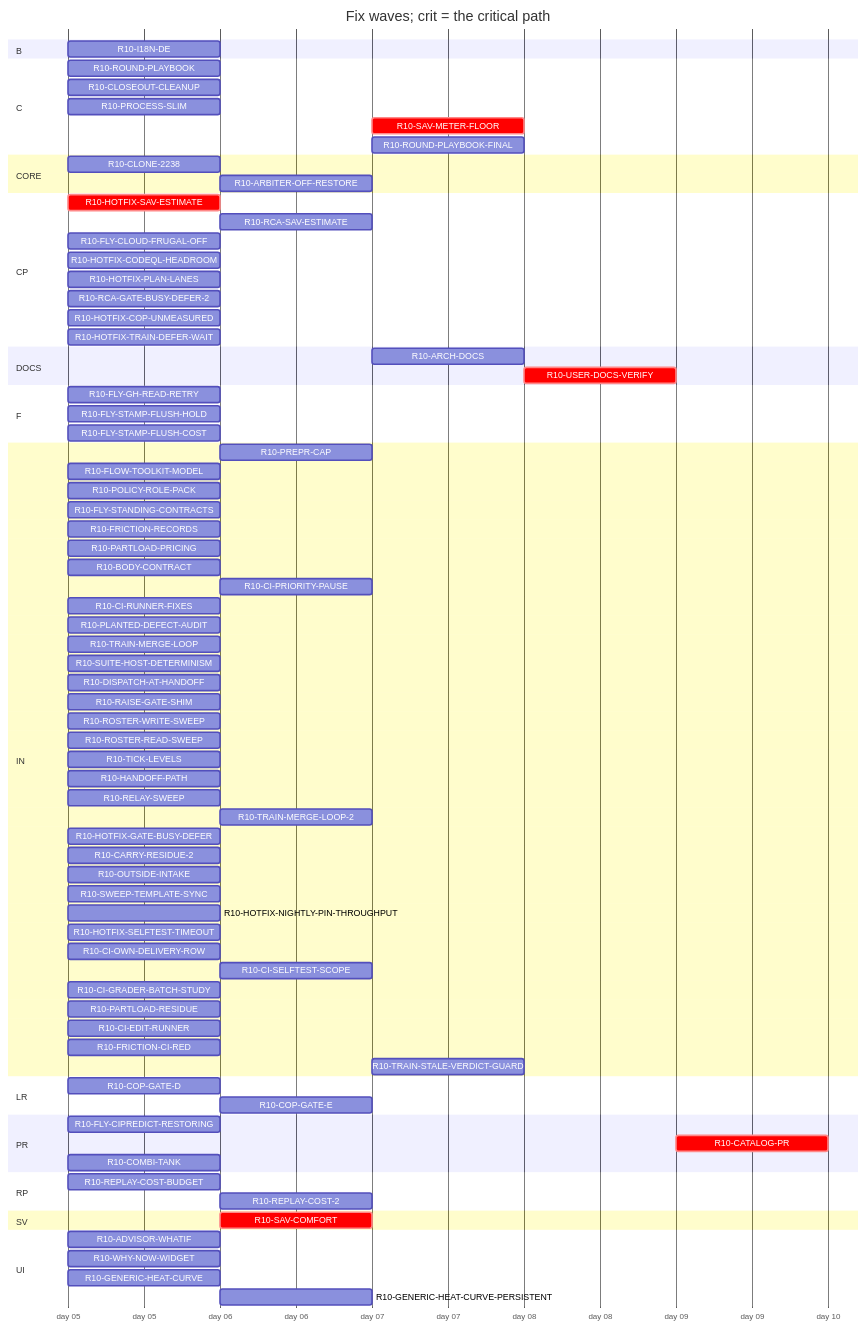
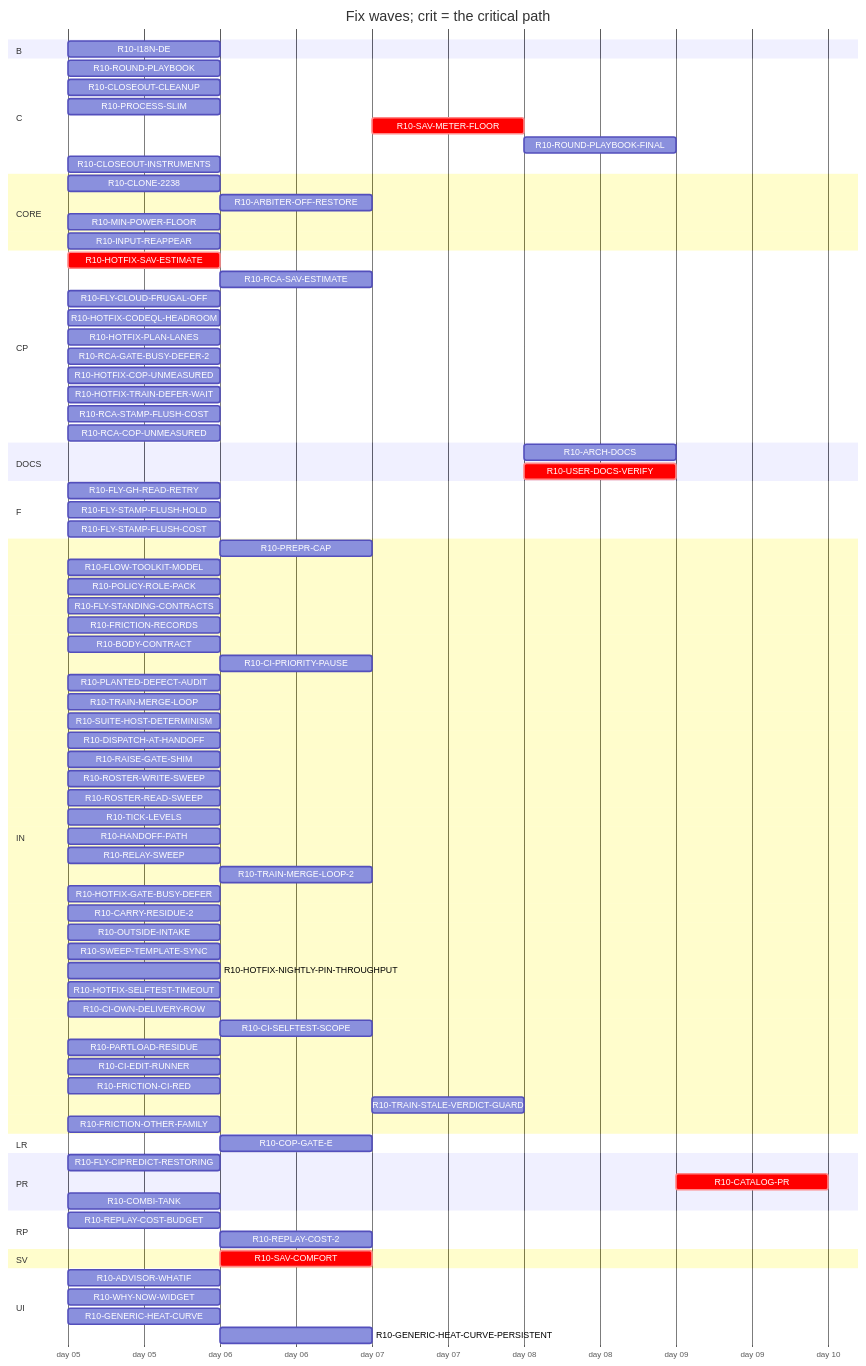
Before and after one commit to tvofi/heatpump_optimizer: the diagram in handoff/round10/state/PLAN-TABLE.md, drawn with Mermaid. The commit also changed other lines of this file and 3 other files, not shown here.

Commit message:
state: FLOW-BOARD.md, NEXT-SESSION-PROMPT.md, PLAN-TABLE.md, RESUME-CURRENT.md regenerated (state_docs.py)

```diff
--- a/handoff/round10/state/PLAN-TABLE.md
+++ b/handoff/round10/state/PLAN-TABLE.md
@@ -34,10 +34,13 @@
     R10-CLOSEOUT-CLEANUP :r10CLOSEOUTCLEANUP, 2026-01-05, 1d
     R10-PROCESS-SLIM :r10PROCESSSLIM, 2026-01-05, 1d
     R10-SAV-METER-FLOOR :crit, r10SAVMETERFLOOR, after r10HOTFIXSAVESTIMATE r10SAVCOMFORT, 1d
-    R10-ROUND-PLAYBOOK-FINAL :r10ROUNDPLAYBOOKFINAL, after r10PREPRCAP r10HANDOFFPATH r10RELAYSWEEP r10TRAINMERGELOOP r10DISPATCHATHANDOFF r10BODYCONTRACT r10TICKLEVELS r10CIPRIORITYPAUSE r10ROSTERWRITESWEEP r10ROSTERREADSWEEP r10FLYSTANDINGCONTRACTS r10POLICYROLEPACK r10FRICTIONRECORDS r10FLOWTOOLKITMODEL r10CIRUNNERFIXES r10FLYCIPREDICTRESTORING r10RAISEGATESHIM r10PLANTEDDEFECTAUDIT r10FLYGHREADRETRY r10SUITEHOSTDETERMINISM r10ROUNDPLAYBOOK, 1d
+    R10-ROUND-PLAYBOOK-FINAL :r10ROUNDPLAYBOOKFINAL, after r10PREPRCAP r10HANDOFFPATH r10RELAYSWEEP r10TRAINMERGELOOP r10DISPATCHATHANDOFF r10BODYCONTRACT r10TICKLEVELS r10CIPRIORITYPAUSE r10ROSTERWRITESWEEP r10ROSTERREADSWEEP r10FLYSTANDINGCONTRACTS r10POLICYROLEPACK r10FRICTIONRECORDS r10FLOWTOOLKITMODEL r10FLYCIPREDICTRESTORING r10RAISEGATESHIM r10PLANTEDDEFECTAUDIT r10FLYGHREADRETRY r10SUITEHOSTDETERMINISM r10ROUNDPLAYBOOK r10PROCESSSLIM r10TRAINMERGELOOP2 r10HOTFIXGATEBUSYDEFER r10CARRYRESIDUE2 r10REPLAYCOST2 r10HOTFIXCODEQLHEADROOM r10OUTSIDEINTAKE r10HOTFIXPLANLANES r10SWEEPTEMPLATESYNC r10HOTFIXNIGHTLYPINTHROUGHPUT r10HOTFIXSELFTESTTIMEOUT r10FLYSTAMPFLUSHHOLD r10FLYSTAMPFLUSHCOST r10HOTFIXTRAINDEFERWAIT r10CIOWNDELIVERYROW r10CISELFTESTSCOPE r10CIEDITRUNNER r10TRAINSTALEVERDICTGUARD, 1d
+    R10-CLOSEOUT-INSTRUMENTS :r10CLOSEOUTINSTRUMENTS, 2026-01-05, 1d
   section CORE
     R10-CLONE-2238 :r10CLONE2238, 2026-01-05, 1d
     R10-ARBITER-OFF-RESTORE :r10ARBITEROFFRESTORE, after r10GENERICHEATCURVE, 1d
+    R10-MIN-POWER-FLOOR :r10MINPOWERFLOOR, 2026-01-05, 1d
+    R10-INPUT-REAPPEAR :r10INPUTREAPPEAR, 2026-01-05, 1d
   section CP
     R10-HOTFIX-SAV-ESTIMATE :crit, r10HOTFIXSAVESTIMATE, 2026-01-05, 1d
     R10-RCA-SAV-ESTIMATE :r10RCASAVESTIMATE, after r10HOTFIXSAVESTIMATE, 1d
@@ -47,9 +50,11 @@
     R10-RCA-GATE-BUSY-DEFER-2 :r10RCAGATEBUSYDEFER2, 2026-01-05, 1d
     R10-HOTFIX-COP-UNMEASURED :r10HOTFIXCOPUNMEASURED, 2026-01-05, 1d
     R10-HOTFIX-TRAIN-DEFER-WAIT :r10HOTFIXTRAINDEFERWAIT, 2026-01-05, 1d
+    R10-RCA-STAMP-FLUSH-COST :r10RCASTAMPFLUSHCOST, 2026-01-05, 1d
+    R10-RCA-COP-UNMEASURED :r10RCACOPUNMEASURED, 2026-01-05, 1d
   section DOCS
-    R10-ARCH-DOCS :r10ARCHDOCS, after r10CLONE2238 r10SAVCOMFORT r10COPGATED r10WHYNOWWIDGET r10PARTLOADPRICING r10ADVISORWHATIF r10REPLAYCOSTBUDGET r10PREPRCAP r10HANDOFFPATH r10RELAYSWEEP r10TRAINMERGELOOP r10DISPATCHATHANDOFF r10BODYCONTRACT r10TICKLEVELS r10CIPRIORITYPAUSE r10ROSTERWRITESWEEP r10ROSTERREADSWEEP r10FLYSTANDINGCONTRACTS r10POLICYROLEPACK r10FRICTIONRECORDS r10FLOWTOOLKITMODEL r10CIRUNNERFIXES r10FLYCIPREDICTRESTORING r10RAISEGATESHIM r10PLANTEDDEFECTAUDIT r10FLYGHREADRETRY r10SUITEHOSTDETERMINISM, 1d
-    R10-USER-DOCS-VERIFY :crit, r10USERDOCSVERIFY, after r10CLONE2238 r10SAVCOMFORT r10COPGATED r10WHYNOWWIDGET r10PARTLOADPRICING r10ADVISORWHATIF r10SAVMETERFLOOR r10HOTFIXCOPUNMEASURED r10COPGATEE r10PARTLOADRESIDUE r10I18NDE r10GENERICHEATCURVE r10GENERICHEATCURVEPERSISTENT r10ARBITEROFFRESTORE r10COMBITANK, 1d
+    R10-ARCH-DOCS :r10ARCHDOCS, after r10CLONE2238 r10SAVCOMFORT r10WHYNOWWIDGET r10ADVISORWHATIF r10REPLAYCOSTBUDGET r10PREPRCAP r10HANDOFFPATH r10RELAYSWEEP r10TRAINMERGELOOP r10DISPATCHATHANDOFF r10BODYCONTRACT r10TICKLEVELS r10CIPRIORITYPAUSE r10ROSTERWRITESWEEP r10ROSTERREADSWEEP r10FLYSTANDINGCONTRACTS r10POLICYROLEPACK r10FRICTIONRECORDS r10FLOWTOOLKITMODEL r10FLYCIPREDICTRESTORING r10RAISEGATESHIM r10PLANTEDDEFECTAUDIT r10FLYGHREADRETRY r10SUITEHOSTDETERMINISM r10PROCESSSLIM r10SAVMETERFLOOR r10HOTFIXCOPUNMEASURED r10COPGATEE r10PARTLOADRESIDUE r10I18NDE r10GENERICHEATCURVE r10GENERICHEATCURVEPERSISTENT r10ARBITEROFFRESTORE r10TRAINMERGELOOP2 r10HOTFIXGATEBUSYDEFER r10CARRYRESIDUE2 r10REPLAYCOST2 r10HOTFIXCODEQLHEADROOM r10OUTSIDEINTAKE r10HOTFIXPLANLANES r10SWEEPTEMPLATESYNC r10HOTFIXNIGHTLYPINTHROUGHPUT r10HOTFIXSELFTESTTIMEOUT r10FLYSTAMPFLUSHHOLD r10FLYSTAMPFLUSHCOST r10HOTFIXTRAINDEFERWAIT r10CIOWNDELIVERYROW r10CISELFTESTSCOPE r10CIEDITRUNNER r10TRAINSTALEVERDICTGUARD r10COMBITANK, 1d
+    R10-USER-DOCS-VERIFY :crit, r10USERDOCSVERIFY, after r10CLONE2238 r10SAVCOMFORT r10WHYNOWWIDGET r10ADVISORWHATIF r10SAVMETERFLOOR r10HOTFIXCOPUNMEASURED r10COPGATEE r10PARTLOADRESIDUE r10I18NDE r10GENERICHEATCURVE r10GENERICHEATCURVEPERSISTENT r10ARBITEROFFRESTORE r10COMBITANK, 1d
   section F
     R10-FLY-GH-READ-RETRY :r10FLYGHREADRETRY, 2026-01-05, 1d
     R10-FLY-STAMP-FLUSH-HOLD :r10FLYSTAMPFLUSHHOLD, 2026-01-05, 1d
@@ -60,10 +65,8 @@
     R10-POLICY-ROLE-PACK :r10POLICYROLEPACK, 2026-01-05, 1d
     R10-FLY-STANDING-CONTRACTS :r10FLYSTANDINGCONTRACTS, 2026-01-05, 1d
     R10-FRICTION-RECORDS :r10FRICTIONRECORDS, 2026-01-05, 1d
-    R10-PARTLOAD-PRICING :r10PARTLOADPRICING, 2026-01-05, 1d
     R10-BODY-CONTRACT :r10BODYCONTRACT, 2026-01-05, 1d
     R10-CI-PRIORITY-PAUSE :r10CIPRIORITYPAUSE, after r10TICKLEVELS, 1d
-    R10-CI-RUNNER-FIXES :r10CIRUNNERFIXES, 2026-01-05, 1d
     R10-PLANTED-DEFECT-AUDIT :r10PLANTEDDEFECTAUDIT, 2026-01-05, 1d
     R10-TRAIN-MERGE-LOOP :r10TRAINMERGELOOP, 2026-01-05, 1d
     R10-SUITE-HOST-DETERMINISM :r10SUITEHOSTDETERMINISM, 2026-01-05, 1d
@@ -83,13 +86,12 @@
     R10-HOTFIX-SELFTEST-TIMEOUT :r10HOTFIXSELFTESTTIMEOUT, 2026-01-05, 1d
     R10-CI-OWN-DELIVERY-ROW :r10CIOWNDELIVERYROW, 2026-01-05, 1d
     R10-CI-SELFTEST-SCOPE :r10CISELFTESTSCOPE, after r10HOTFIXSELFTESTTIMEOUT, 1d
-    R10-CI-GRADER-BATCH-STUDY :r10CIGRADERBATCHSTUDY, 2026-01-05, 1d
     R10-PARTLOAD-RESIDUE :r10PARTLOADRESIDUE, 2026-01-05, 1d
     R10-CI-EDIT-RUNNER :r10CIEDITRUNNER, 2026-01-05, 1d
     R10-FRICTION-CI-RED :r10FRICTIONCIRED, 2026-01-05, 1d
     R10-TRAIN-STALE-VERDICT-GUARD :r10TRAINSTALEVERDICTGUARD, after r10TRAINMERGELOOP2, 1d
+    R10-FRICTION-OTHER-FAMILY :r10FRICTIONOTHERFAMILY, 2026-01-05, 1d
   section LR
-    R10-COP-GATE-D :r10COPGATED, 2026-01-05, 1d
     R10-COP-GATE-E :r10COPGATEE, after r10HOTFIXCOPUNMEASURED, 1d
   section PR
     R10-FLY-CIPREDICT-RESTORING :r10FLYCIPREDICTRESTORING, 2026-01-05, 1d
```
